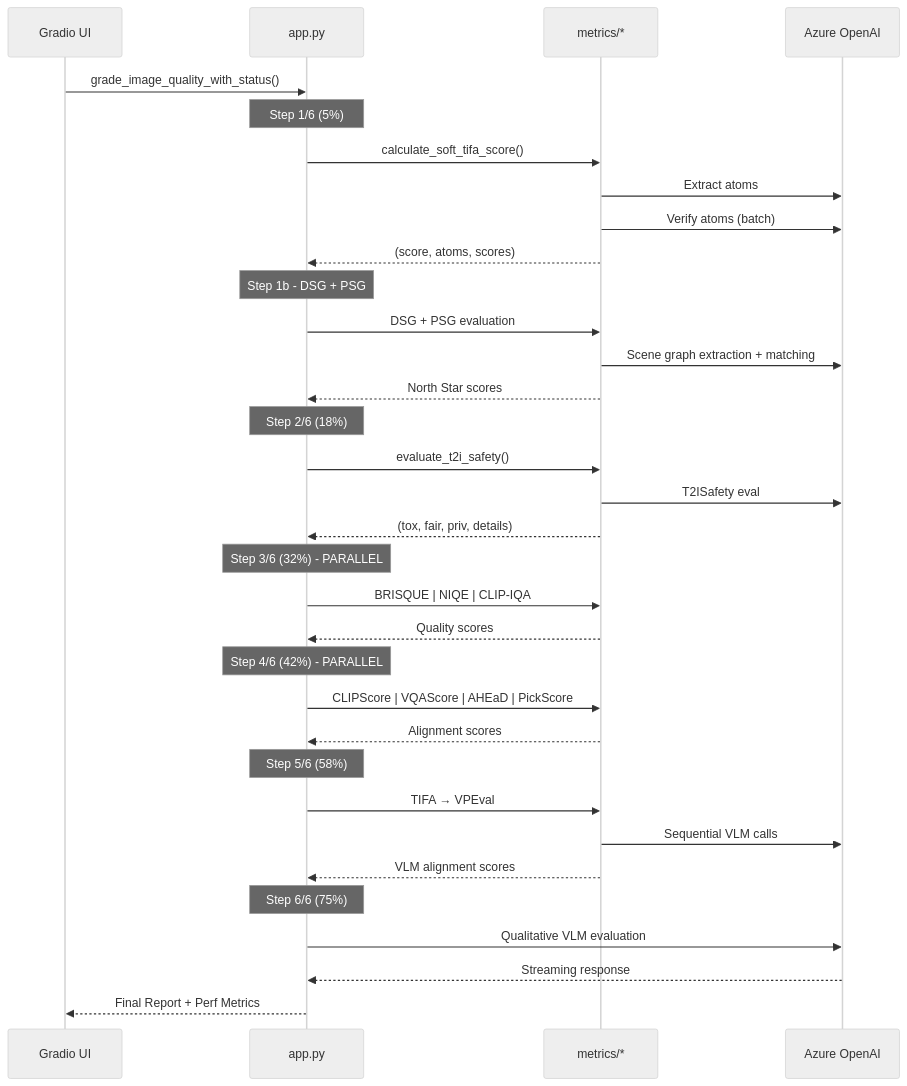
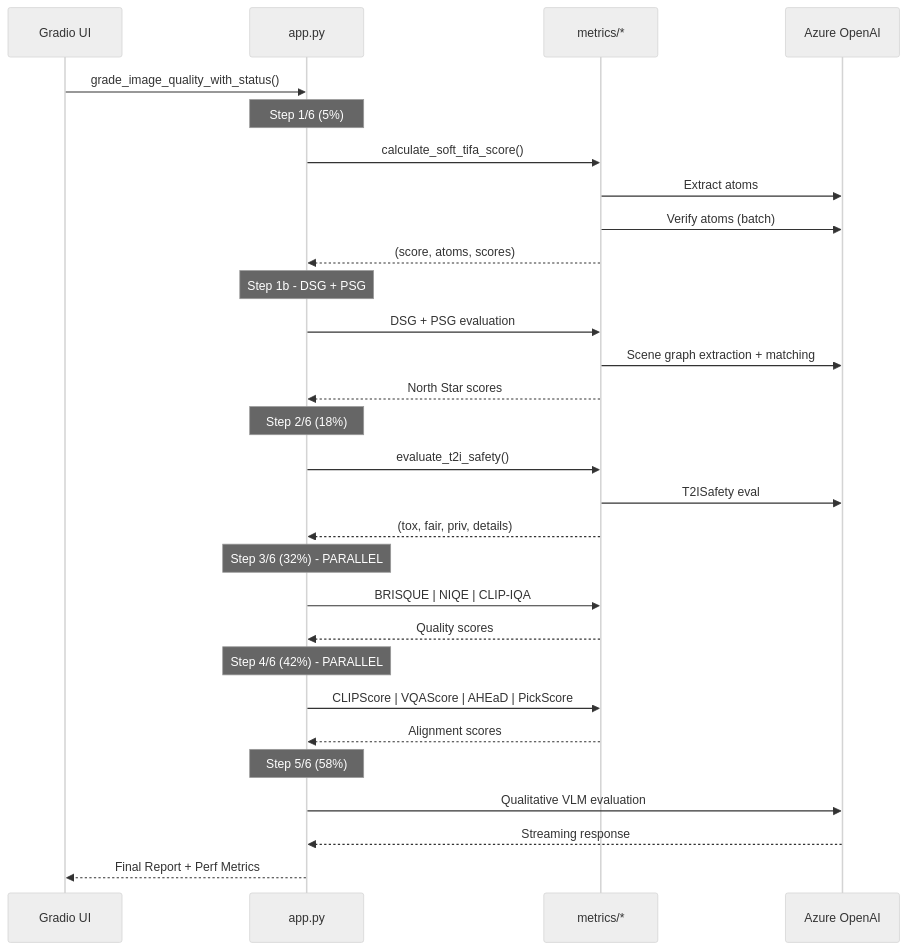
The seventh of 7 diagrams in TechnicalDocs/MetricsSystem.md (hshujuan/text_to_image_grader), drawn with Mermaid (neutral theme) before and after one commit. The commit also changed other lines of this file and 3 other files, not shown here.

````diff
--- a/TechnicalDocs/MetricsSystem.md
+++ b/TechnicalDocs/MetricsSystem.md
@@ -275,44 +266,39 @@
 ```mermaid
 sequenceDiagram
     participant UI as Gradio UI
     participant APP as app.py
     participant METRICS as metrics/*
     participant AZURE as Azure OpenAI
     
     UI->>APP: grade_image_quality_with_status()
     
     Note over APP: Step 1/6 (5%)
     APP->>METRICS: calculate_soft_tifa_score()
     METRICS->>AZURE: Extract atoms
     METRICS->>AZURE: Verify atoms (batch)
     METRICS-->>APP: (score, atoms, scores)
     
     Note over APP: Step 1b - DSG + PSG
     APP->>METRICS: DSG + PSG evaluation
     METRICS->>AZURE: Scene graph extraction + matching
     METRICS-->>APP: North Star scores
     
     Note over APP: Step 2/6 (18%)
     APP->>METRICS: evaluate_t2i_safety()
     METRICS->>AZURE: T2ISafety eval
     METRICS-->>APP: (tox, fair, priv, details)
     
     Note over APP: Step 3/6 (32%) - PARALLEL
     APP->>METRICS: BRISQUE | NIQE | CLIP-IQA
     METRICS-->>APP: Quality scores
     
     Note over APP: Step 4/6 (42%) - PARALLEL
     APP->>METRICS: CLIPScore | VQAScore | AHEaD | PickScore
     METRICS-->>APP: Alignment scores
     
     Note over APP: Step 5/6 (58%)
-    APP->>METRICS: TIFA → VPEval
-    METRICS->>AZURE: Sequential VLM calls
-    METRICS-->>APP: VLM alignment scores
-    
-    Note over APP: Step 6/6 (75%)
     APP->>AZURE: Qualitative VLM evaluation
     AZURE-->>APP: Streaming response
     
     APP-->>UI: Final Report + Perf Metrics
 ```
````
